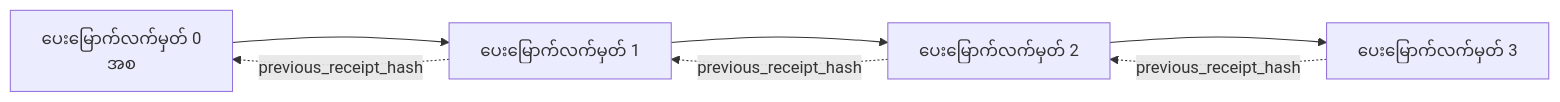
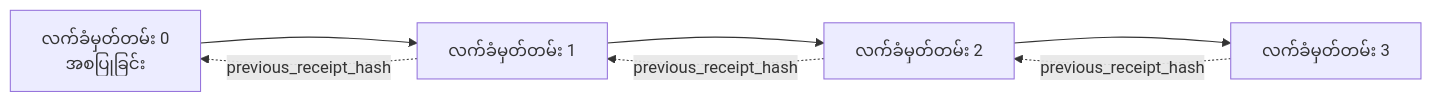
Before and after one commit to microsoft/ai-agents-for-beginners: the second of 2 diagrams in translations/my/18-securing-ai-agents/README.md, drawn with Mermaid. The commit also changed other lines of this file and 45 other files, not shown here.

````diff
--- a/translations/my/18-securing-ai-agents/README.md
+++ b/translations/my/18-securing-ai-agents/README.md
@@ -206,9 +203,9 @@
 ```mermaid
 flowchart LR
-    R0[ပေးမြောက်လက်မှတ် 0<br/>အစ] --> R1[ပေးမြောက်လက်မှတ် 1]
-    R1 --> R2[ပေးမြောက်လက်မှတ် 2]
-    R2 --> R3[ပေးမြောက်လက်မှတ် 3]
+    R0[လက်ခံမှတ်တမ်း 0<br/>အစပြုခြင်း] --> R1[လက်ခံမှတ်တမ်း 1]
+    R1 --> R2[လက်ခံမှတ်တမ်း 2]
+    R2 --> R3[လက်ခံမှတ်တမ်း 3]
     R1 -. previous_receipt_hash .-> R0
     R2 -. previous_receipt_hash .-> R1
     R3 -. previous_receipt_hash .-> R2
 ```
````
